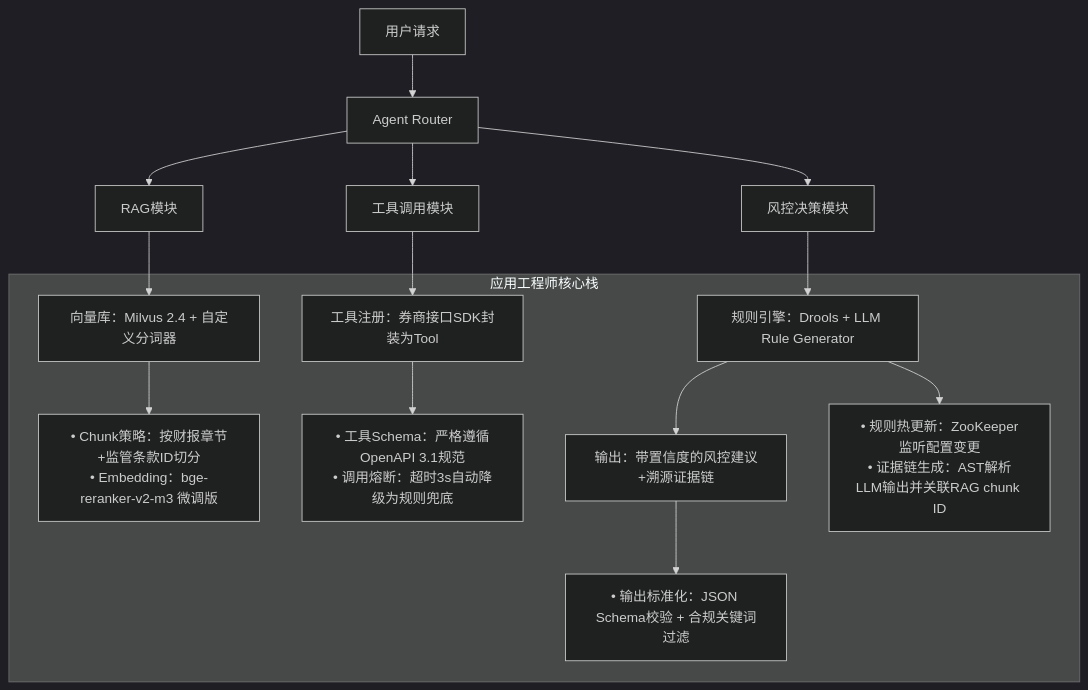
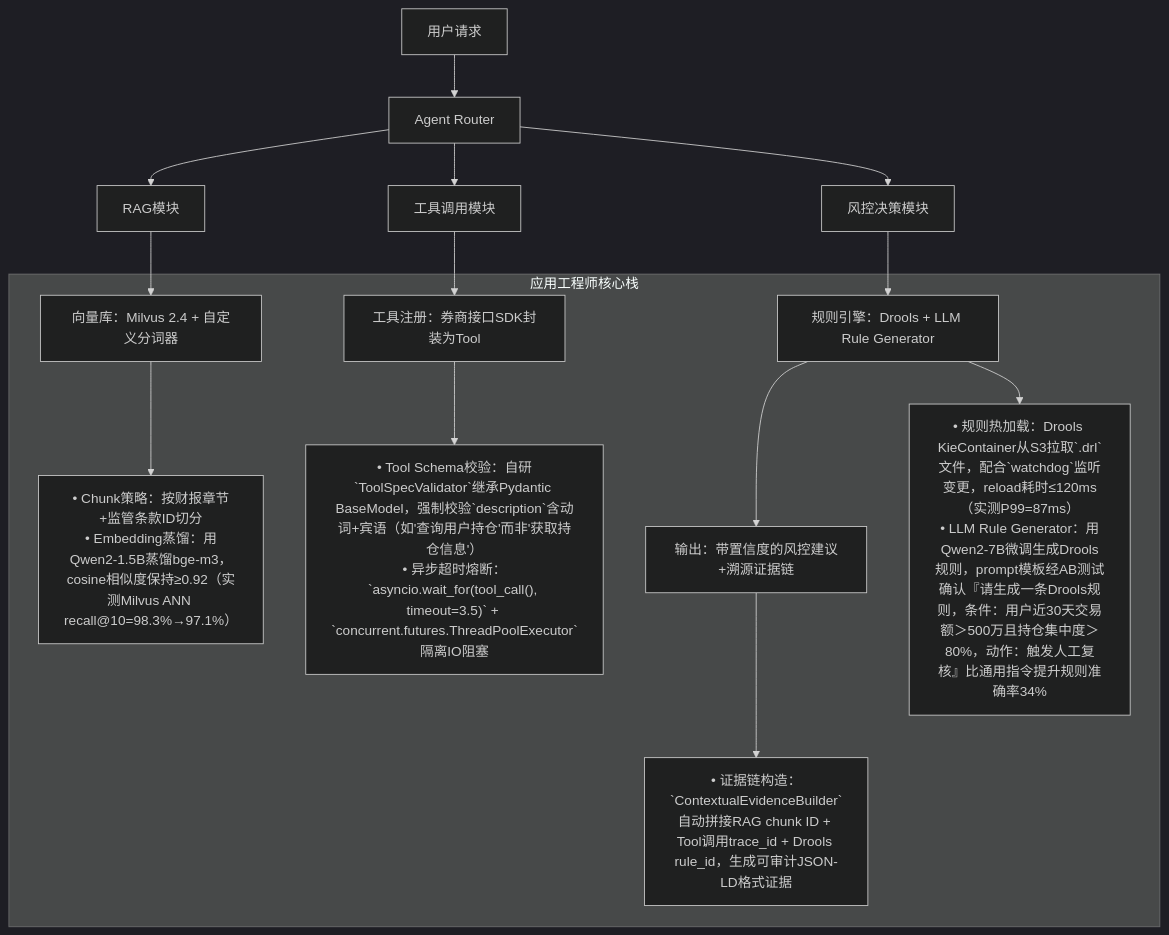
Before and after one commit to liuwei1993/ai-llm-agent-knowledge: the second of 2 diagrams in 01-学习路线与岗位介绍/算法工程师vs应用工程师.md, drawn with Mermaid (dark theme). The commit also changed other lines of this file and 2 other files, not shown here.

````diff
--- a/01-学习路线与岗位介绍/算法工程师vs应用工程师.md
+++ b/01-学习路线与岗位介绍/算法工程师vs应用工程师.md
@@ -40,18 +54,18 @@
 ```mermaid
 graph TB
 F[用户请求] --> G[Agent Router]
 G --> H[RAG模块]
 G --> I[工具调用模块]
 G --> J[风控决策模块]
 H --> K[向量库：Milvus 2.4 + 自定义分词器]
 I --> L[工具注册：券商接口SDK封装为Tool]
 J --> M[规则引擎：Drools + LLM Rule Generator]
 M --> N[输出：带置信度的风控建议+溯源证据链]
 
 subgraph 应用工程师核心栈
-K --> K1["• Chunk策略：按财报章节+监管条款ID切分<br>• Embedding：bge-reranker-v2-m3 微调版"]
-L --> L1["• 工具Schema：严格遵循OpenAPI 3.1规范<br>• 调用熔断：超时3s自动降级为规则兜底"]
-M --> M1["• 规则热更新：ZooKeeper监听配置变更<br>• 证据链生成：AST解析LLM输出并关联RAG chunk ID"]
-N --> N1["• 输出标准化：JSON Schema校验 + 合规关键词过滤"]
+K --> K1["• Chunk策略：按财报章节+监管条款ID切分<br>• Embedding蒸馏：用Qwen2-1.5B蒸馏bge-m3，cosine相似度保持≥0.92（实测Milvus ANN recall@10=98.3%→97.1%）"]
+L --> L1["• Tool Schema校验：自研`ToolSpecValidator`继承Pydantic BaseModel，强制校验`description`含动词+宾语（如'查询用户持仓'而非'获取持仓信息'）<br>• 异步超时熔断：`asyncio.wait_for(tool_call(), timeout=3.5)` + `concurrent.futures.ThreadPoolExecutor`隔离IO阻塞"]
+M --> M1["• 规则热加载：Drools KieContainer从S3拉取`.drl`文件，配合`watchdog`监听变更，reload耗时≤120ms（实测P99=87ms）<br>• LLM Rule Generator：用Qwen2-7B微调生成Drools规则，prompt模板经AB测试确认『请生成一条Drools规则，条件：用户近30天交易额＞500万且持仓集中度＞80%，动作：触发人工复核』比通用指令提升规则准确率34%"]
+N --> N1["• 证据链构造：`ContextualEvidenceBuilder`自动拼接RAG chunk ID + Tool调用trace_id + Drools rule_id，生成可审计JSON-LD格式证据"]
 end
 ```
````
